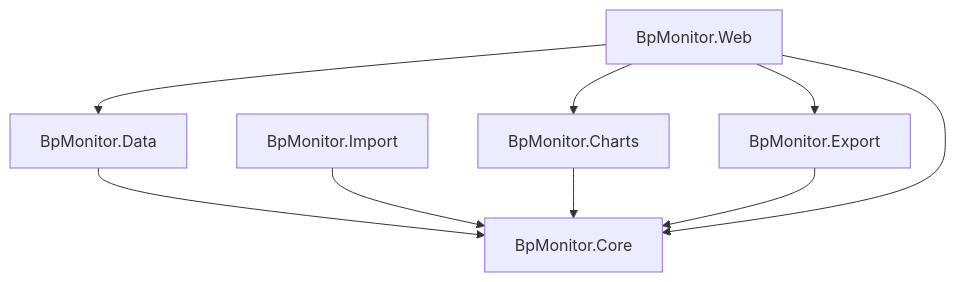
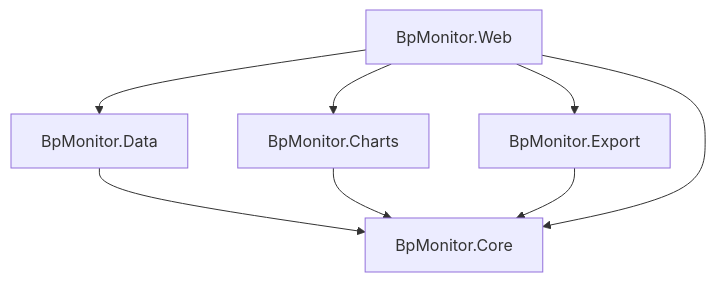
Before and after one commit to draptik/BpMonitor: the diagram in docs/architecture.md, drawn with Mermaid. The commit also changed other lines of this file and 15 other files, not shown here.

Commit message:
🗑️ chore: remove unused BpMonitor.Import project (#202)

````diff
--- a/docs/architecture.md
+++ b/docs/architecture.md
@@ -82,18 +80,16 @@
 ```mermaid
 graph TD
     Core[BpMonitor.Core]
     Data[BpMonitor.Data]
-    Import[BpMonitor.Import]
     Export[BpMonitor.Export]
     Charts[BpMonitor.Charts]
     Web[BpMonitor.Web]
 
     Data --> Core
-    Import --> Core
     Charts --> Core
     Export --> Core
     Web --> Core
     Web --> Data
     Web --> Charts
     Web --> Export
 ```
````
